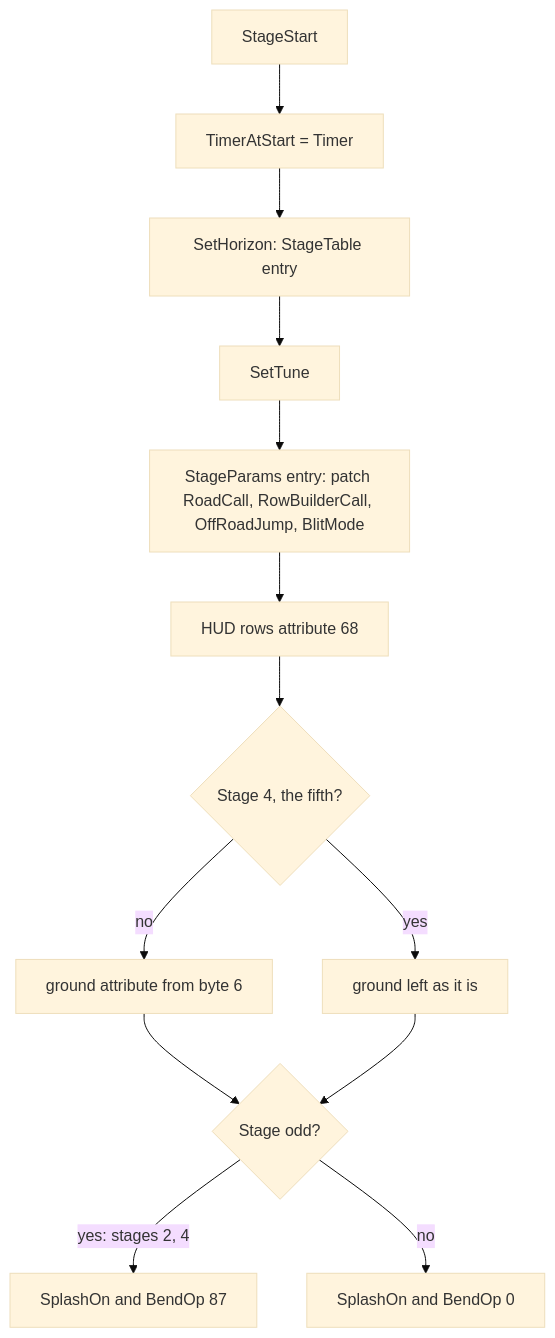
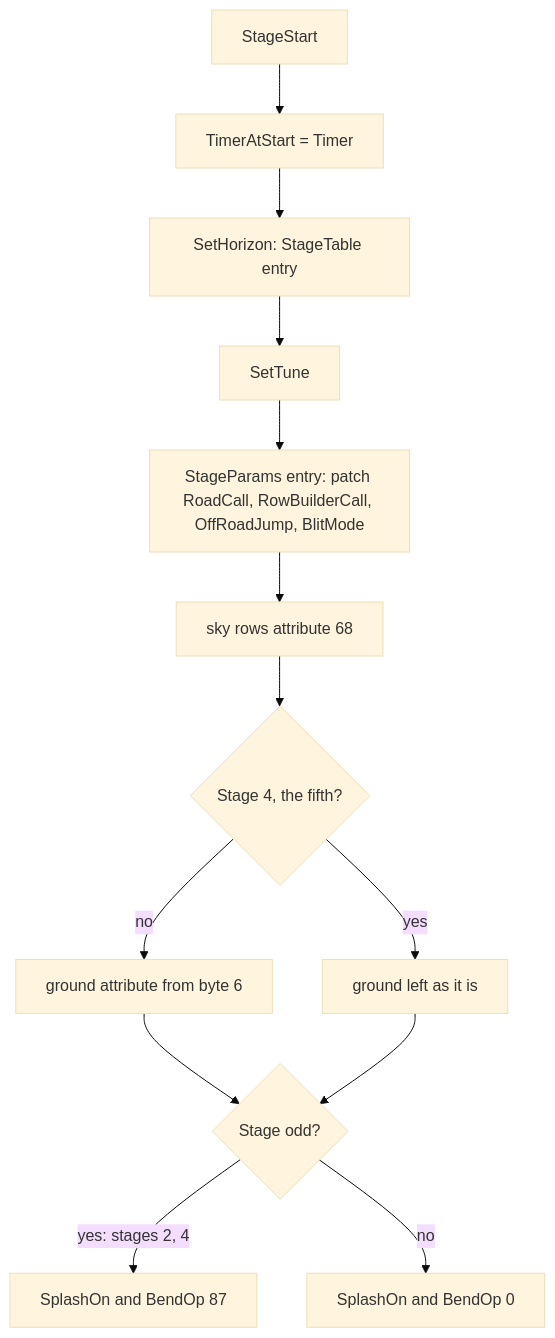
One commit to alfishe/unrealng-reverse-cases changed the second of 8 diagrams in games/enduro-racer/docs/07-objects.md. Above: the diagram before and after it, drawn with Mermaid (base theme). The commit also changed other lines of this file and 29 other files, not shown here.

````diff
--- a/games/enduro-racer/docs/07-objects.md
+++ b/games/enduro-racer/docs/07-objects.md
@@ -149,15 +150,15 @@
 ```mermaid
 flowchart TD
     A["StageStart"] --> B["TimerAtStart = Timer"]
     B --> C["SetHorizon: StageTable entry"]
     C --> D["SetTune"]
     D --> E["StageParams entry: patch RoadCall, RowBuilderCall, OffRoadJump, BlitMode"]
-    E --> F["HUD rows attribute 68"]
+    E --> F["sky rows attribute 68"]
     F --> G{"Stage 4, the fifth?"}
     G -- no --> H["ground attribute from byte 6"]
     G -- yes --> I["ground left as it is"]
     H --> J{"Stage odd?"}
     I --> J
     J -- "yes: stages 2, 4" --> K["SplashOn and BendOp 87"]
     J -- no --> L["SplashOn and BendOp 0"]
 ```
````
